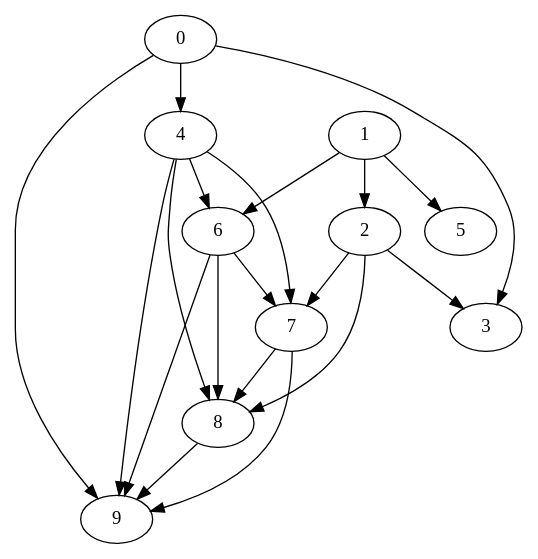
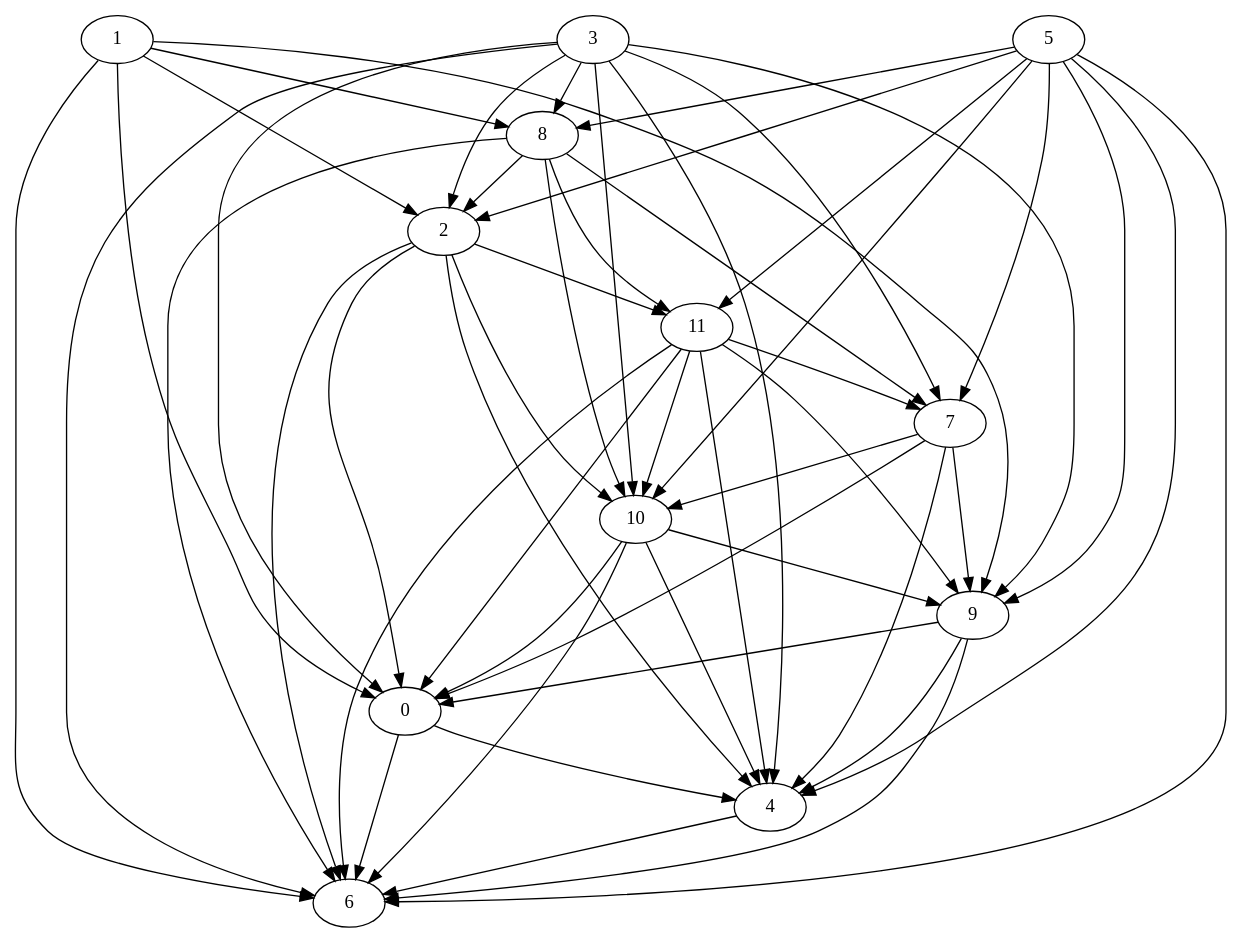
The diagram in src/main/resources/dotfiles/input/Nodes_10_Random-output.dot (zsuh022/process-scheduler), drawn with Graphviz before and after one commit. The commit also changed 8 other files, not shown here.

```diff
--- a/src/main/resources/dotfiles/input/Nodes_10_Random-output.dot
+++ b/src/main/resources/dotfiles/input/Nodes_10_Random-output.dot
@@ -1,31 +1,65 @@
 digraph {
-	"0" ["Start"=0,"Weight"=6,"Processor"=4];
-	"1" ["Start"=6,"Weight"=5,"Processor"=4];
-	"2" ["Start"=14,"Weight"=5,"Processor"=4];
-	"3" ["Start"=40,"Weight"=10,"Processor"=1];
-	"4" ["Start"=11,"Weight"=3,"Processor"=4];
-	"5" ["Start"=30,"Weight"=7,"Processor"=1];
-	"6" ["Start"=19,"Weight"=8,"Processor"=4];
-	"7" ["Start"=27,"Weight"=3,"Processor"=4];
-	"8" ["Start"=30,"Weight"=8,"Processor"=4];
-	"9" ["Start"=38,"Weight"=8,"Processor"=4];
-	"1" -> "2" ["Weight"=48];
-	"2" -> "3" ["Weight"=10];
-	"6" -> "7" ["Weight"=15];
-	"7" -> "8" ["Weight"=15];
-	"8" -> "9" ["Weight"=39];
-	"4" -> "6" ["Weight"=10];
-	"6" -> "8" ["Weight"=39];
-	"7" -> "9" ["Weight"=34];
-	"0" -> "3" ["Weight"=34];
-	"4" -> "7" ["Weight"=48];
-	"6" -> "9" ["Weight"=29];
-	"0" -> "4" ["Weight"=24];
-	"1" -> "5" ["Weight"=19];
-	"4" -> "8" ["Weight"=48];
-	"1" -> "6" ["Weight"=39];
-	"2" -> "7" ["Weight"=48];
-	"4" -> "9" ["Weight"=39];
-	"2" -> "8" ["Weight"=48];
-	"0" -> "9" ["Weight"=44];
+	"0" ["Start"=0,"Weight"=182,"Processor"=1];
+	"11" ["Start"=1665,"Weight"=625,"Processor"=1];
+	"1" ["Start"=0,"Weight"=427,"Processor"=2];
+	"2" ["Start"=1487,"Weight"=211,"Processor"=2];
+	"3" ["Start"=0,"Weight"=614,"Processor"=3];
+	"4" ["Start"=2311,"Weight"=294,"Processor"=1];
+	"5" ["Start"=0,"Weight"=382,"Processor"=4];
+	"6" ["Start"=2605,"Weight"=920,"Processor"=1];
+	"7" ["Start"=2871,"Weight"=329,"Processor"=2];
+	"8" ["Start"=753,"Weight"=973,"Processor"=3];
+	"9" ["Start"=3200,"Weight"=131,"Processor"=2];
+	"10" ["Start"=3331,"Weight"=138,"Processor"=2];
+	"4" -> "6" ["Weight"=807];
+	"0" -> "4" ["Weight"=961];
+	"0" -> "6" ["Weight"=667];
+	"11" -> "0" ["Weight"=366];
+	"3" -> "10" ["Weight"=563];
+	"5" -> "10" ["Weight"=345];
+	"11" -> "4" ["Weight"=299];
+	"5" -> "11" ["Weight"=127];
+	"7" -> "10" ["Weight"=780];
+	"11" -> "6" ["Weight"=476];
+	"9" -> "0" ["Weight"=334];
+	"11" -> "7" ["Weight"=581];
+	"11" -> "9" ["Weight"=410];
+	"9" -> "4" ["Weight"=113];
+	"5" -> "2" ["Weight"=198];
+	"9" -> "6" ["Weight"=459];
+	"1" -> "0" ["Weight"=683];
+	"5" -> "4" ["Weight"=357];
+	"1" -> "2" ["Weight"=198];
+	"5" -> "6" ["Weight"=701];
+	"5" -> "7" ["Weight"=517];
+	"5" -> "8" ["Weight"=301];
+	"5" -> "9" ["Weight"=996];
+	"1" -> "6" ["Weight"=737];
+	"1" -> "8" ["Weight"=326];
+	"1" -> "9" ["Weight"=844];
+	"11" -> "10" ["Weight"=415];
+	"2" -> "0" ["Weight"=297];
+	"2" -> "4" ["Weight"=613];
+	"2" -> "6" ["Weight"=414];
+	"2" -> "10" ["Weight"=731];
+	"2" -> "11" ["Weight"=662];
+	"8" -> "10" ["Weight"=119];
+	"8" -> "11" ["Weight"=692];
+	"7" -> "0" ["Weight"=806];
+	"3" -> "0" ["Weight"=395];
+	"7" -> "4" ["Weight"=917];
+	"3" -> "2" ["Weight"=873];
+	"3" -> "4" ["Weight"=515];
+	"7" -> "9" ["Weight"=711];
+	"3" -> "6" ["Weight"=800];
+	"3" -> "7" ["Weight"=708];
+	"3" -> "8" ["Weight"=166];
+	"3" -> "9" ["Weight"=650];
+	"10" -> "0" ["Weight"=150];
+	"10" -> "4" ["Weight"=830];
+	"10" -> "6" ["Weight"=998];
+	"8" -> "2" ["Weight"=365];
+	"10" -> "9" ["Weight"=267];
+	"8" -> "6" ["Weight"=953];
+	"8" -> "7" ["Weight"=849];
 }
```
